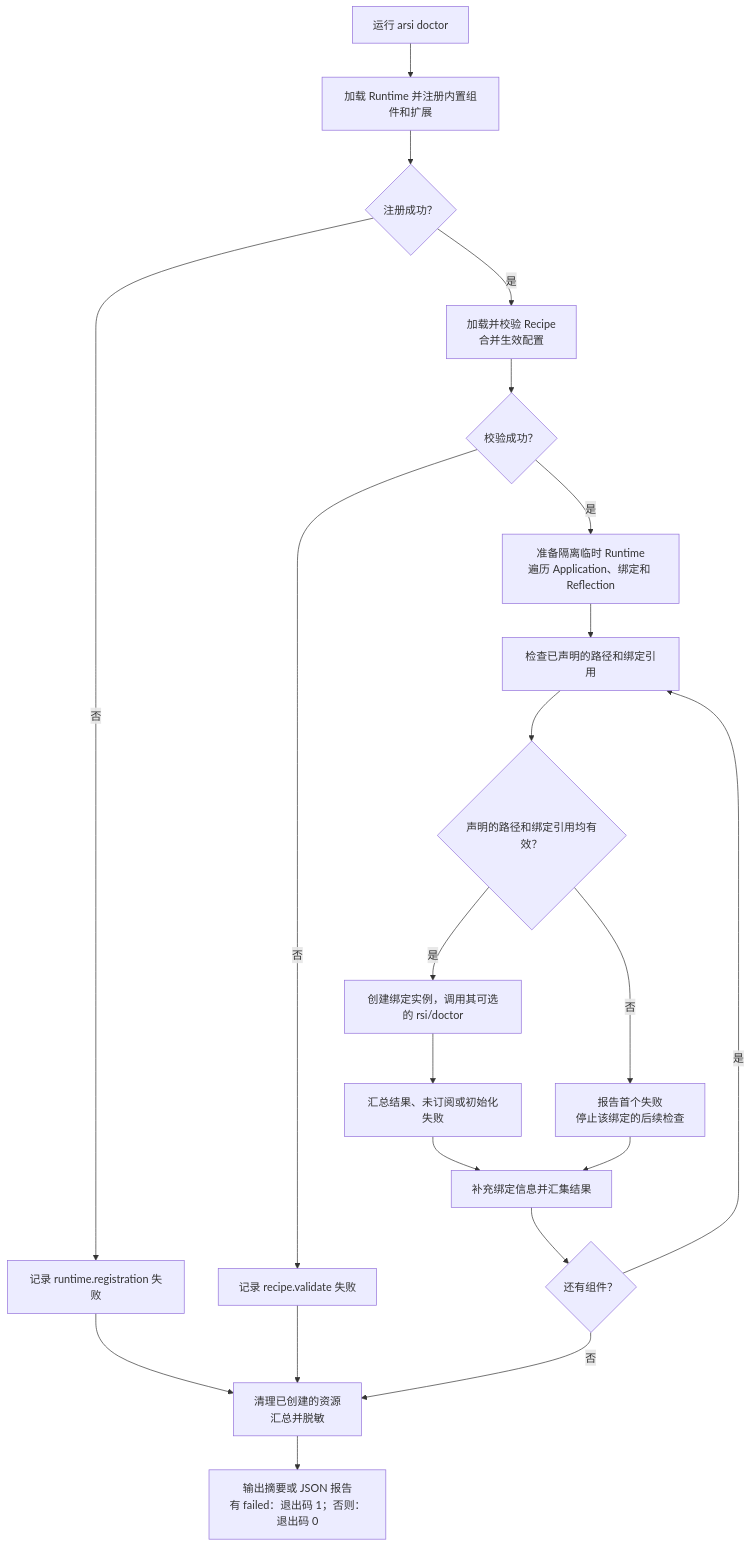
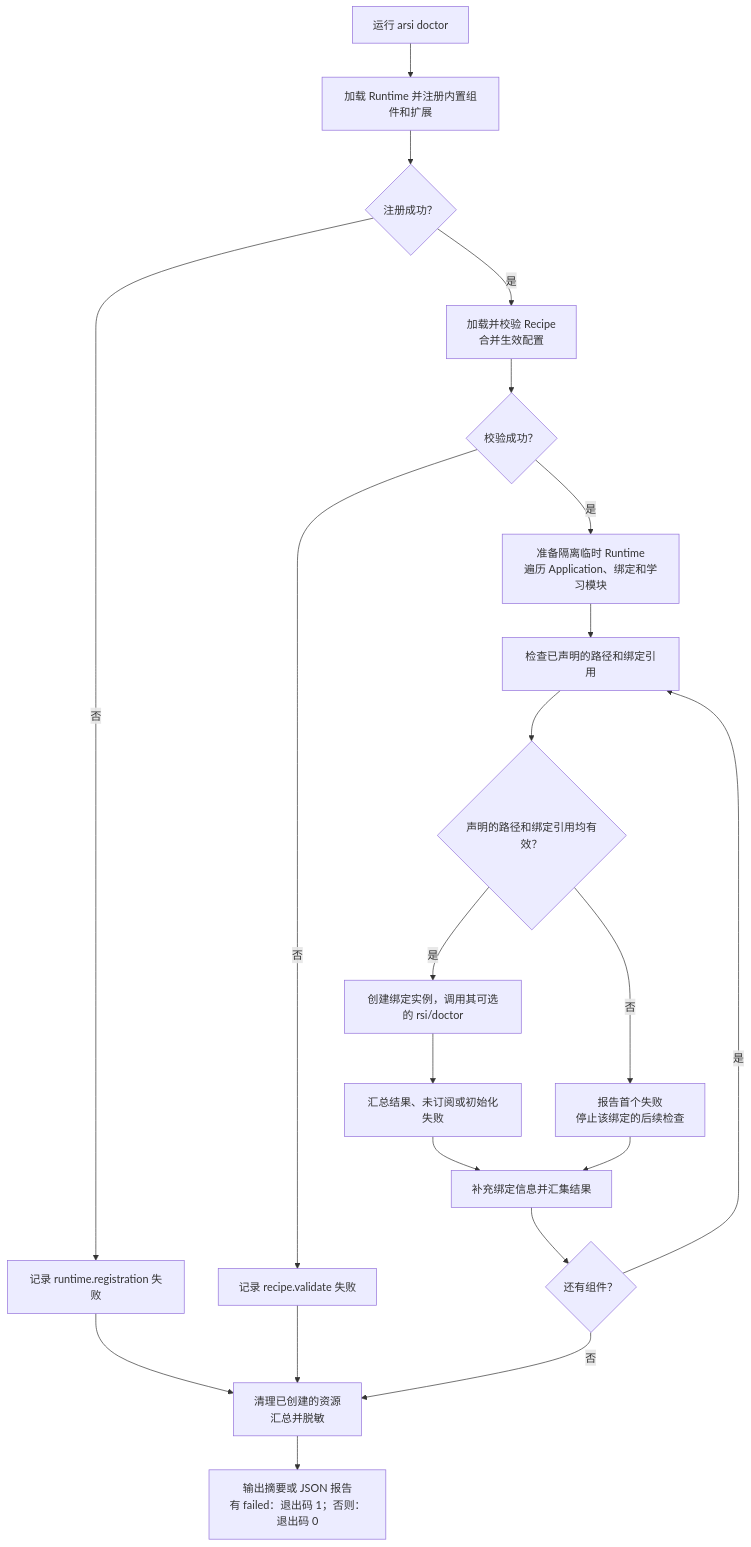
One commit to ARSI-LAB/ARSI changed the diagram in docs/users/guides/doctor_zh.md. Above: the diagram before and after it, drawn with Mermaid. The commit also changed other lines of this file and 207 other files, not shown here.

Commit message:
[feature] Run Memory and Reflection through runtime events

````diff
--- a/docs/users/guides/doctor_zh.md
+++ b/docs/users/guides/doctor_zh.md
@@ -22,23 +22,23 @@
 ```mermaid
 flowchart TD
     A["运行 arsi doctor"] --> B["加载 Runtime 并注册内置组件和扩展"]
     B --> C{"注册成功？"}
     C -- 否 --> D["记录 runtime.registration 失败"]
     C -- 是 --> E["加载并校验 Recipe<br/>合并生效配置"]
     E --> F{"校验成功？"}
     F -- 否 --> G["记录 recipe.validate 失败"]
-    F -- 是 --> H["准备隔离临时 Runtime<br/>遍历 Application、绑定和 Reflection"]
+    F -- 是 --> H["准备隔离临时 Runtime<br/>遍历 Application、绑定和学习模块"]
     H --> I["检查已声明的路径和绑定引用"]
     I --> J{"声明的路径和绑定引用均有效？"}
     J -- 是 --> K["创建绑定实例，调用其可选的 rsi/doctor"]
     K --> Q["汇总结果、未订阅或初始化失败"]
     J -- 否 --> L["报告首个失败<br/>停止该绑定的后续检查"]
     Q --> M["补充绑定信息并汇集结果"]
     L --> M
     M --> N{"还有组件？"}
     N -- 是 --> I
     N -- 否 --> O["清理已创建的资源<br/>汇总并脱敏"]
     D --> O
     G --> O
     O --> P["输出摘要或 JSON 报告<br/>有 failed：退出码 1；否则：退出码 0"]
 ```
````
